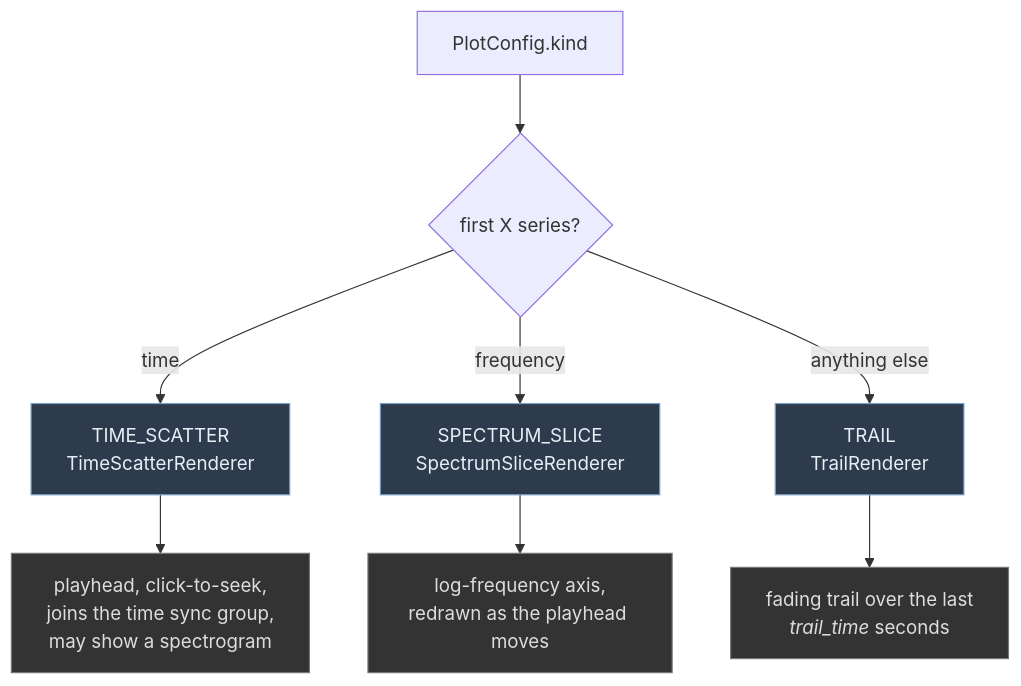
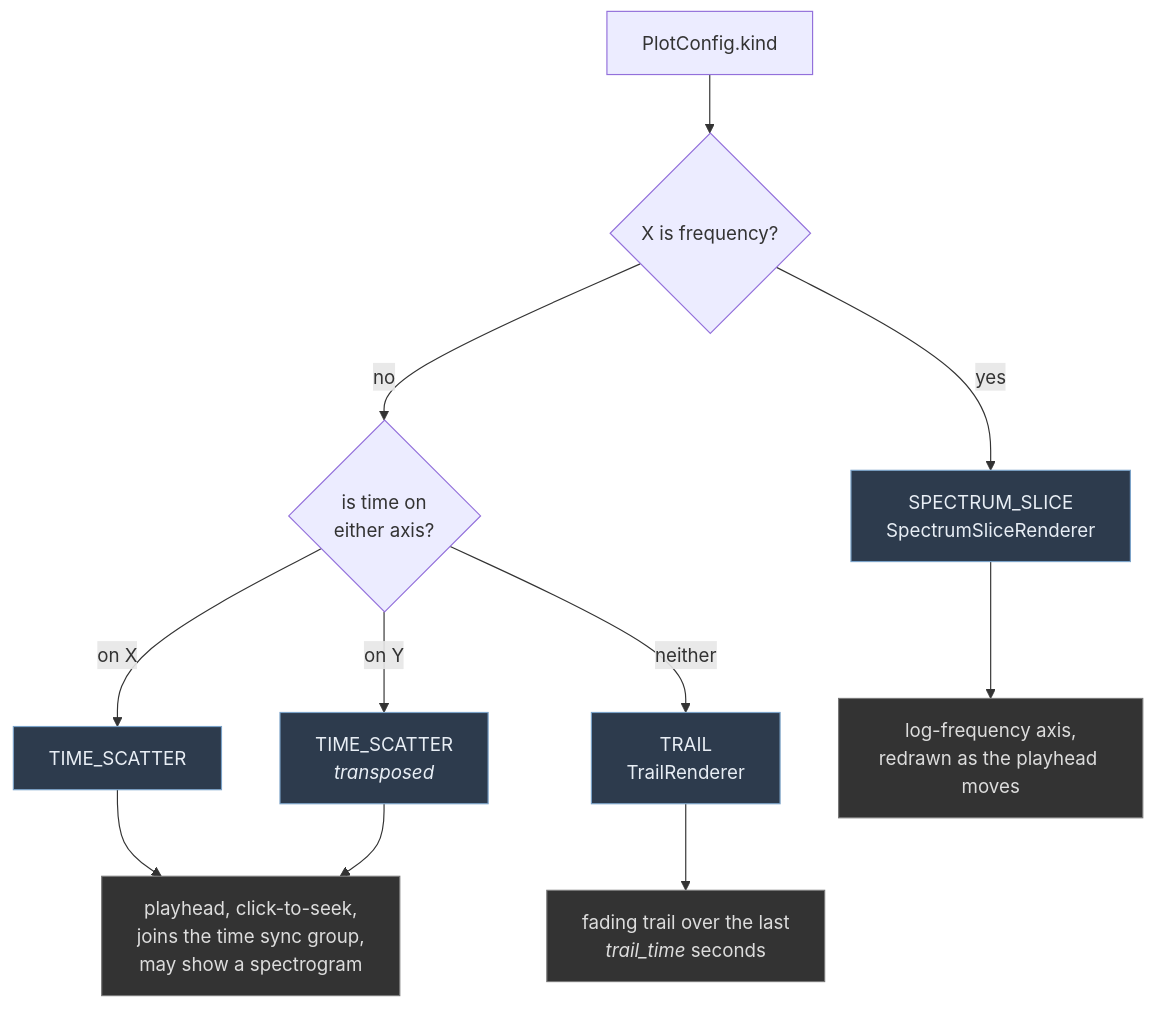
One commit to fabstr/voicevis changed the second of 7 diagrams in src/ui/plot/README.md. Above: the diagram before and after it, drawn with Mermaid. The commit also changed other lines of this file and 19 other files, not shown here.

Commit message:
can have time on the y axis

````diff
--- a/src/ui/plot/README.md
+++ b/src/ui/plot/README.md
@@ -77,16 +77,19 @@
 ```mermaid
 flowchart TD
-    START["PlotConfig.kind"] --> Q{"first X series?"}
-    Q -->|time| TS["TIME_SCATTER<br/>TimeScatterRenderer"]
-    Q -->|frequency| SS["SPECTRUM_SLICE<br/>SpectrumSliceRenderer"]
-    Q -->|anything else| TR["TRAIL<br/>TrailRenderer"]
+    START["PlotConfig.kind"] --> QF{"X is frequency?"}
+    QF -- yes --> SS["SPECTRUM_SLICE<br/>SpectrumSliceRenderer"]
+    QF -- no --> QT{"is time on<br/>either axis?"}
+    QT -- "on X" --> TS["TIME_SCATTER"]
+    QT -- "on Y" --> TSY["TIME_SCATTER<br/><i>transposed</i>"]
+    QT -- neither --> TR["TRAIL<br/>TrailRenderer"]
 
     TS --> TSF["playhead, click-to-seek,<br/>joins the time sync group,<br/>may show a spectrogram"]
+    TSY --> TSF
     SS --> SSF["log-frequency axis,<br/>redrawn as the playhead moves"]
     TR --> TRF["fading trail over the last<br/><i>trail_time</i> seconds"]
 
     classDef kind fill:#2d3b4d,stroke:#7aa2c8,color:#e8eef5
     classDef note fill:#333,stroke:#777,color:#ddd
-    class TS,SS,TR kind
+    class TS,TSY,SS,TR kind
     class TSF,SSF,TRF note
 ```
````
